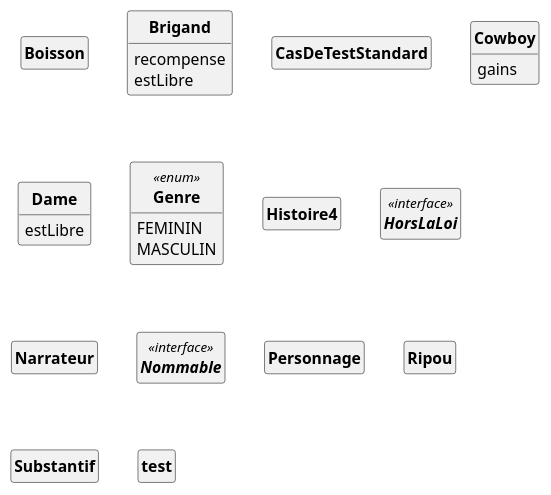
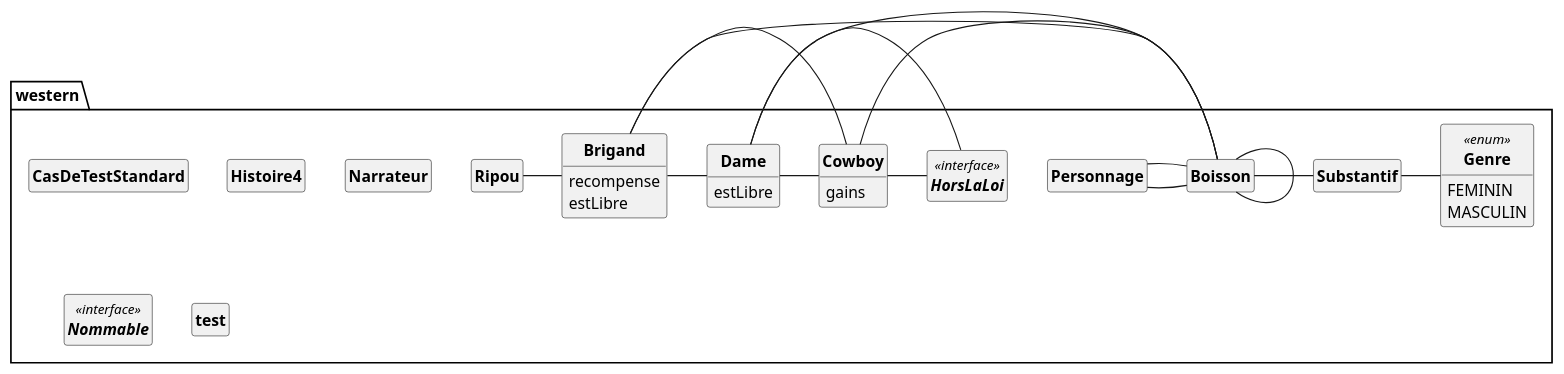
One commit to SylvainSchaefer/Java-to-PUML changed the diagram in src/pumlFromJava/DC_Western.puml. Above: the diagram before and after it, drawn with PlantUML. The commit also changed 4 other files, not shown here.

Commit message:
Sylvain : Modif ClassPULM, InterfacePUML, EnumPUML

```diff
--- a/src/pumlFromJava/DC_Western.puml
+++ b/src/pumlFromJava/DC_Western.puml
@@ -1,54 +1,79 @@
 @startuml
 'https://plantuml.com/class-diagram
 skinparam style strictuml
 skinparam classAttributeIconSize 0
 skinparam classFontStyle Bold
 hide empty members
 
-Class Boisson{
+Class western.Boisson{
 
 }
-Class Brigand{
+western.Boisson - western.Substantif
+western.Boisson - western.Boisson
+
+Class western.Brigand{
 recompense
 estLibre
 
 }
-Class CasDeTestStandard{
+western.Brigand - western.Dame
+western.Brigand - western.Cowboy
+western.Brigand - western.Boisson
+
+Class western.CasDeTestStandard{
 
 }
-Class Cowboy{
+
+Class western.Cowboy{
 gains
 
 }
-Class Dame{
+western.Cowboy - western.HorsLaLoi
+western.Cowboy - western.Boisson
+
+Class western.Dame{
 estLibre
 
 }
-Enum Genre<<enum>> {
+western.Dame - western.Cowboy
+western.Dame - western.HorsLaLoi
+western.Dame - western.Boisson
+
+Enum western.Genre<<enum>> {
 FEMININ
 MASCULIN
 
 }
-Class Histoire4{
+Class western.Histoire4{
 
 }
-Interface HorsLaLoi<<interface>> {
+
+Interface western.HorsLaLoi<<interface>> {
 }
-Class Narrateur{
+Class western.Narrateur{
 
 }
-Interface Nommable<<interface>> {
+
+Interface western.Nommable<<interface>> {
 }
-Class Personnage{
+Class western.Personnage{
 
 }
-Class Ripou{
+western.Personnage - western.Boisson
+western.Personnage - western.Boisson
+
+Class western.Ripou{
 
 }
-Class Substantif{
+western.Ripou - western.Brigand
+
+Class western.Substantif{
 
 }
-Class test{
+western.Substantif - western.Genre
+
+Class western.test{
 
 }
+
 @enduml
```
